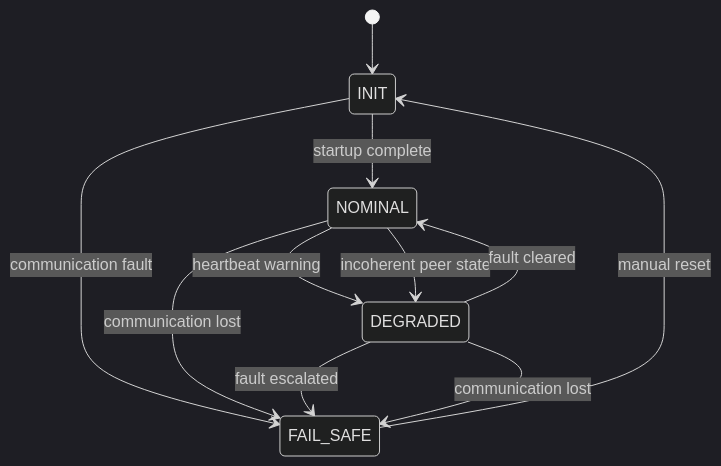
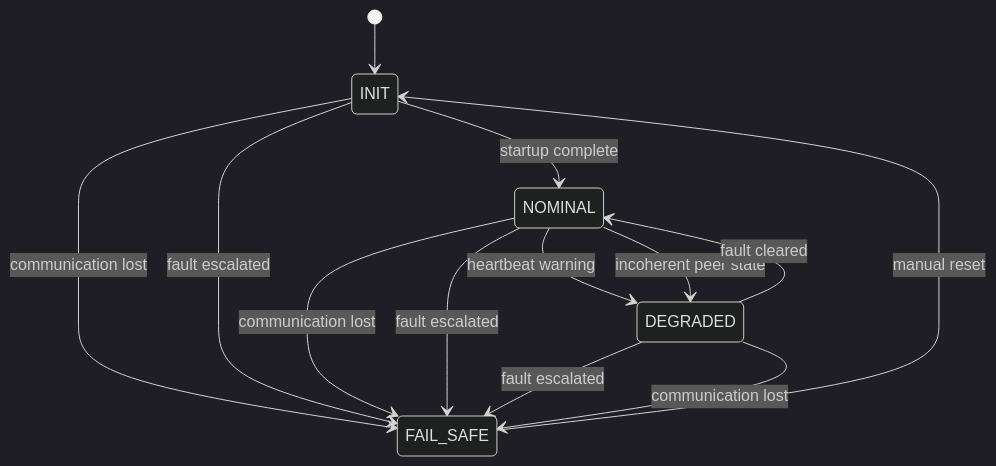
One commit to PGADS-Dev/Sentinel-Dual-Control-System changed the diagram in docs/state-machine.md. Above: the diagram before and after it, drawn with Mermaid (dark theme). The commit also changed other lines of this file and 5 other files, not shown here.

````diff
--- a/docs/state-machine.md
+++ b/docs/state-machine.md
@@ -89,16 +93,18 @@
 ```mermaid
 stateDiagram-v2
     [*] --> INIT
     INIT --> NOMINAL: startup complete
-    INIT --> FAIL_SAFE: communication fault
+    INIT --> FAIL_SAFE: communication lost
+    INIT --> FAIL_SAFE: fault escalated
 
     NOMINAL --> DEGRADED: heartbeat warning
     NOMINAL --> DEGRADED: incoherent peer state
     NOMINAL --> FAIL_SAFE: communication lost
+    NOMINAL --> FAIL_SAFE: fault escalated
 
     DEGRADED --> NOMINAL: fault cleared
     DEGRADED --> FAIL_SAFE: fault escalated
     DEGRADED --> FAIL_SAFE: communication lost
 
     FAIL_SAFE --> INIT: manual reset
 ```
````
